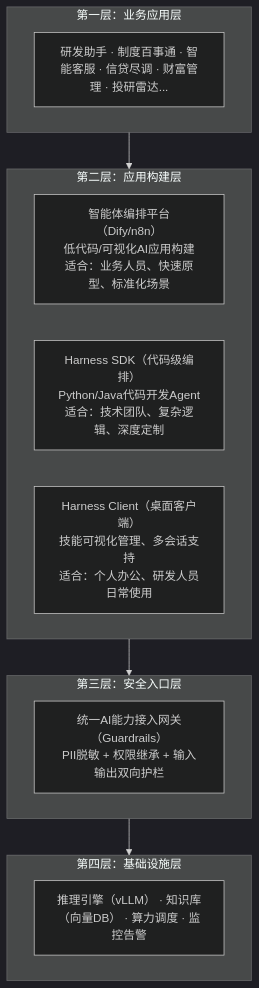
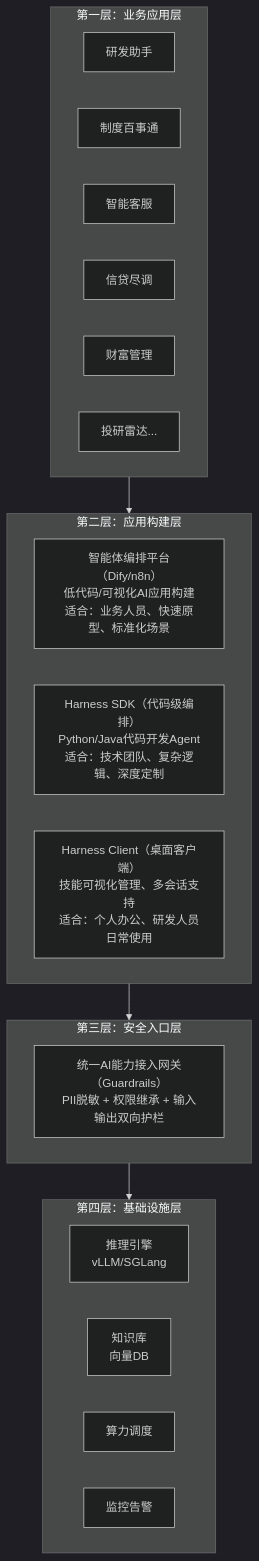
Before and after one commit to wonglaitung/splan: the second of 38 diagrams in full_analysis/银行AI平台技术架构规划文档_科技部专属版.md, drawn with Mermaid (dark theme). The commit also changed 1 other file, not shown here.

Commit message:
docs: 四层架构图各层并列组件改为横向排列
业务应用层拆分为独立应用节点，各层 subgraph 加 direction LR，
使无先后次序的并列组件从左向右排列，而非纵向堆叠。

````diff
--- a/full_analysis/银行AI平台技术架构规划文档_科技部专属版.md
+++ b/full_analysis/银行AI平台技术架构规划文档_科技部专属版.md
@@ -80,18 +80,29 @@
 ```mermaid
 flowchart TB
     subgraph L1["第一层：业务应用层"]
-        A["研发助手 · 制度百事通 · 智能客服 · 信贷尽调 · 财富管理 · 投研雷达..."]
+        direction LR
+        A1["研发助手"]
+        A2["制度百事通"]
+        A3["智能客服"]
+        A4["信贷尽调"]
+        A5["财富管理"]
+        A6["投研雷达..."]
     end
     subgraph L2["第二层：应用构建层"]
+        direction LR
         B1["智能体编排平台（Dify/n8n）<br/>低代码/可视化AI应用构建<br/>适合：业务人员、快速原型、标准化场景"]
         B2["Harness SDK（代码级编排）<br/>Python/Java代码开发Agent<br/>适合：技术团队、复杂逻辑、深度定制"]
         B3["Harness Client（桌面客户端）<br/>技能可视化管理、多会话支持<br/>适合：个人办公、研发人员日常使用"]
     end
     subgraph L3["第三层：安全入口层"]
         C["统一AI能力接入网关（Guardrails）<br/>PII脱敏 + 权限继承 + 输入输出双向护栏"]
     end
     subgraph L4["第四层：基础设施层"]
-        D["推理引擎（vLLM） · 知识库（向量DB） · 算力调度 · 监控告警"]
+        direction LR
+        D1["推理引擎<br/>vLLM/SGLang"]
+        D2["知识库<br/>向量DB"]
+        D3["算力调度"]
+        D4["监控告警"]
     end
     L1 --> L2 --> L3 --> L4
 ```
````
